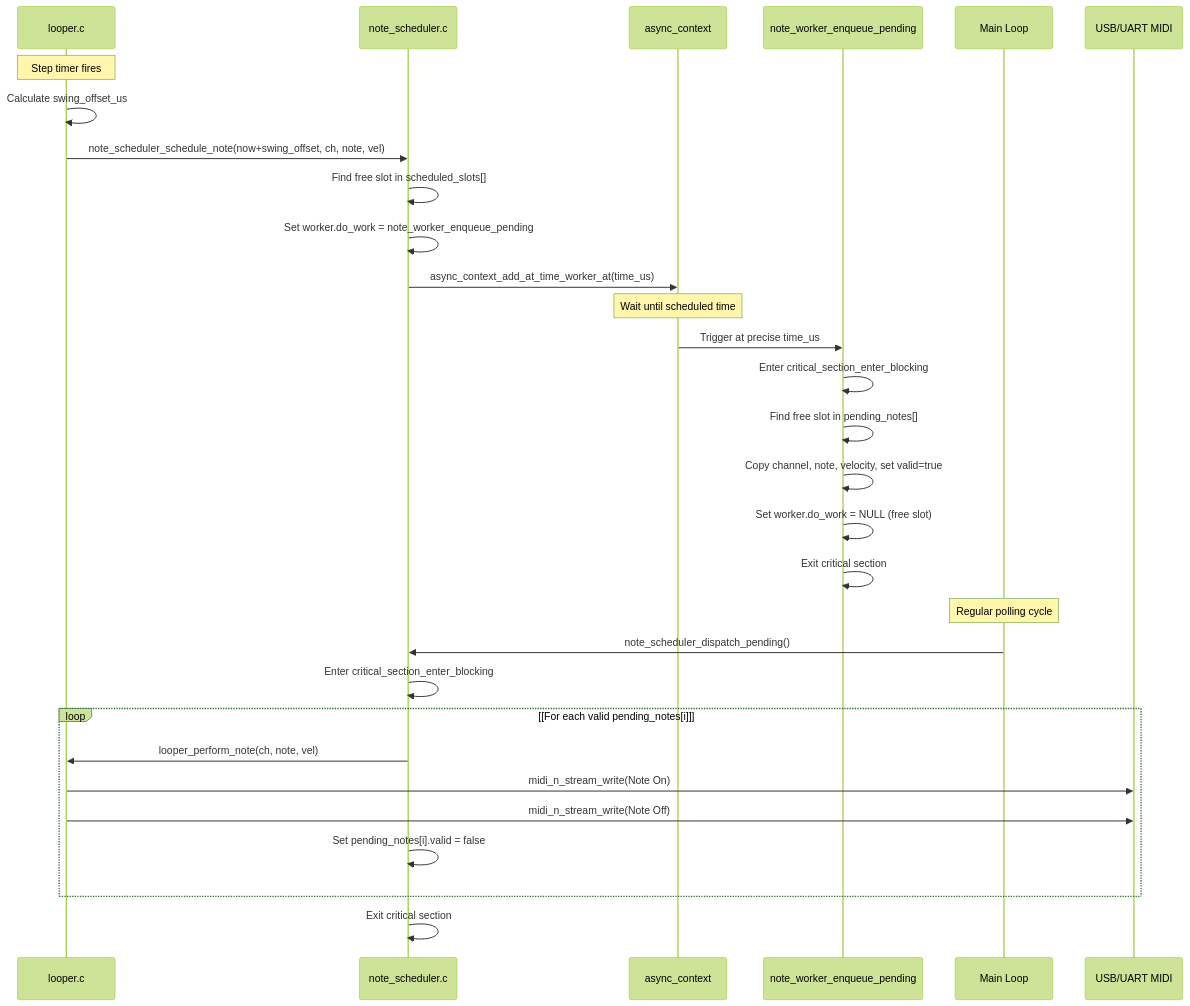
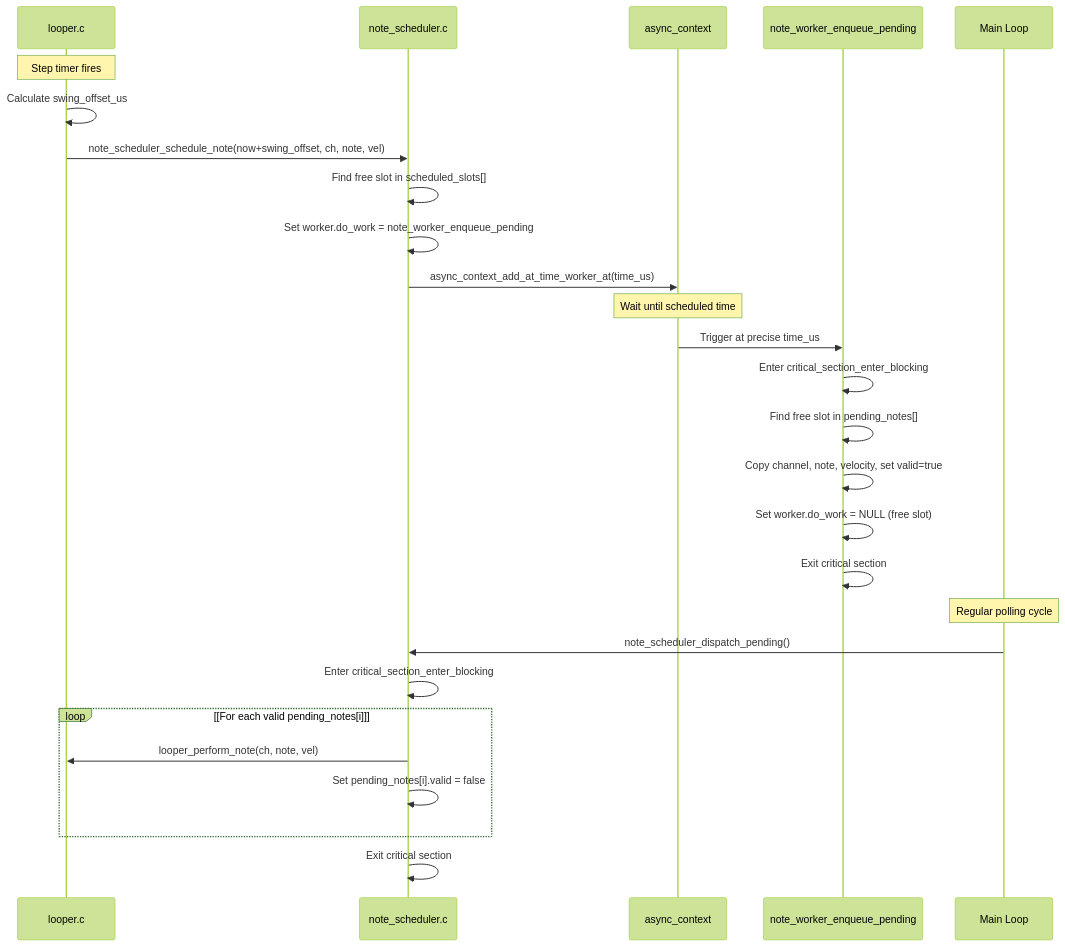
One commit to Jus-Be/orinayo-pico changed the second of 3 diagrams in wiki/5.5-note-scheduler.md. Above: the diagram before and after it, drawn with Mermaid (forest theme). The commit also changed other lines of this file and 42 other files, not shown here.

````diff
--- a/wiki/5.5-note-scheduler.md
+++ b/wiki/5.5-note-scheduler.md
@@ -149,33 +146,30 @@
 ```mermaid
 sequenceDiagram
   participant looper.c
   participant note_scheduler.c
   participant async_context
   participant note_worker_enqueue_pending
   participant Main Loop
-  participant USB/UART MIDI
 
   note over looper.c: Step timer fires
   looper.c->>looper.c: Calculate swing_offset_us
   looper.c->>note_scheduler.c: note_scheduler_schedule_note(now+swing_offset, ch, note, vel)
   note_scheduler.c->>note_scheduler.c: Find free slot in scheduled_slots[]
   note_scheduler.c->>note_scheduler.c: Set worker.do_work = note_worker_enqueue_pending
   note_scheduler.c->>async_context: async_context_add_at_time_worker_at(time_us)
   note over async_context: Wait until scheduled time
   async_context->>note_worker_enqueue_pending: Trigger at precise time_us
   note_worker_enqueue_pending->>note_worker_enqueue_pending: Enter critical_section_enter_blocking
   note_worker_enqueue_pending->>note_worker_enqueue_pending: Find free slot in pending_notes[]
   note_worker_enqueue_pending->>note_worker_enqueue_pending: Copy channel, note, velocity, set valid=true
   note_worker_enqueue_pending->>note_worker_enqueue_pending: Set worker.do_work = NULL (free slot)
   note_worker_enqueue_pending->>note_worker_enqueue_pending: Exit critical section
   note over Main Loop: Regular polling cycle
   Main Loop->>note_scheduler.c: note_scheduler_dispatch_pending()
   note_scheduler.c->>note_scheduler.c: Enter critical_section_enter_blocking
   loop [For each valid pending_notes[i]]
     note_scheduler.c->>looper.c: looper_perform_note(ch, note, vel)
-    looper.c->>USB/UART MIDI: midi_n_stream_write(Note On)
-    looper.c->>USB/UART MIDI: midi_n_stream_write(Note Off)
     note_scheduler.c->>note_scheduler.c: Set pending_notes[i].valid = false
   end
   note_scheduler.c->>note_scheduler.c: Exit critical section
 ```
````
